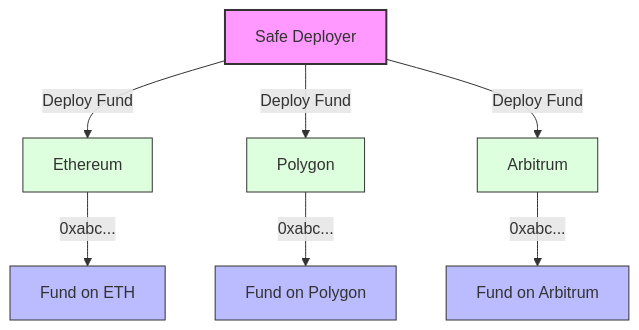
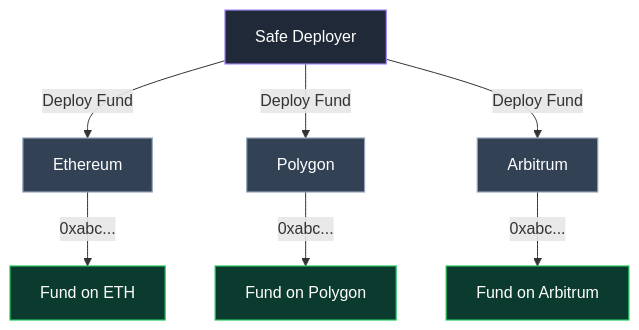
Before and after one commit to DAMM-Cap/DAMM-Documentation: the fourth of 4 diagrams in docs/toolkit/funds.md, drawn with Mermaid. The commit also changed other lines of this file and 1 other file, not shown here.

````diff
--- a/docs/toolkit/funds.md
+++ b/docs/toolkit/funds.md
@@ -99,22 +113,22 @@
 ```mermaid
 graph TD
     %% Safe Deployer
     D[Safe Deployer] -->|Deploy Fund| C1[Ethereum]
     D -->|Deploy Fund| C2[Polygon]
     D -->|Deploy Fund| C3[Arbitrum]
     
     %% Resulting Funds with Same Address
     C1 -->|0xabc...| F1[Fund on ETH]
     C2 -->|0xabc...| F2[Fund on Polygon]
     C3 -->|0xabc...| F3[Fund on Arbitrum]
 
-    
-    %% Styling
-    classDef deployer fill:#f9f,stroke:#333,stroke-width:2px
-    classDef chain fill:#dfd,stroke:#333,stroke-width:1px
-    classDef fund fill:#bbf,stroke:#333,stroke-width:1px
-    
+    %% Styling (dark-mode + light-mode friendly)
+    classDef deployer fill:#1f2937,stroke:#a78bfa,color:#ffffff,stroke-width:1.2px
+    classDef chain fill:#334155,stroke:#94a3b8,color:#ffffff,stroke-width:1.2px
+    classDef fund fill:#0b3b2e,stroke:#22c55e,color:#ffffff,stroke-width:1.2px
+
     class D deployer
     class C1,C2,C3 chain
     class F1,F2,F3 fund
+
 ```
````
